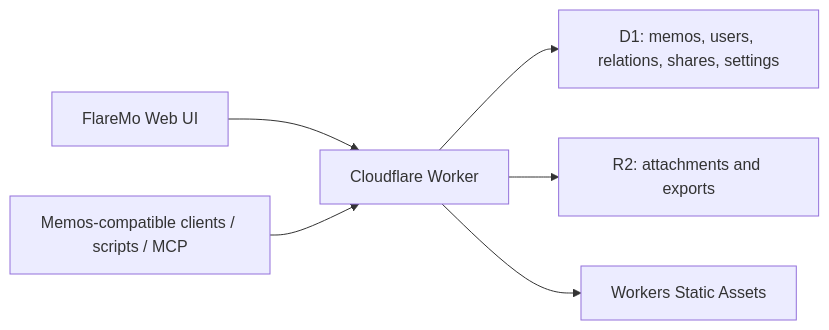
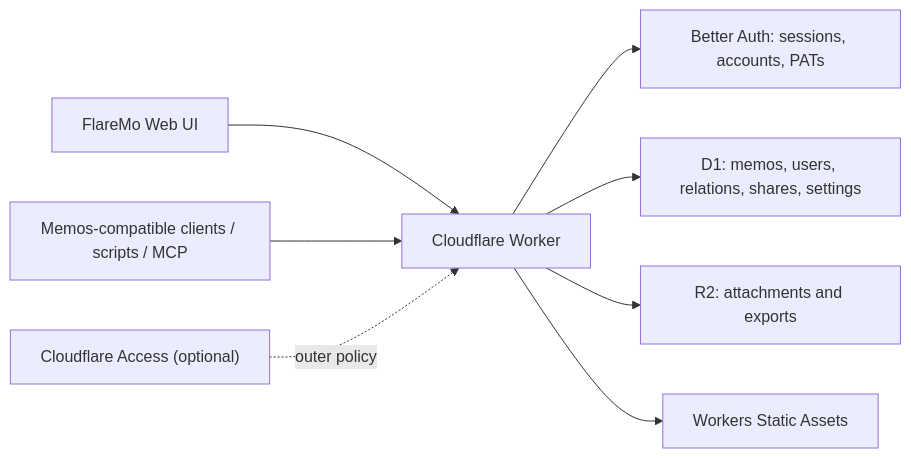
The diagram in README.md (realchendahuang/FlareMo), drawn with Mermaid before and after one commit. The commit also changed other lines of this file and 55 other files, not shown here.

Commit message:
feat(auth): add Better Auth native access and Memos PATs (#41)

````diff
--- a/README.md
+++ b/README.md
@@ -194,9 +215,11 @@
 ```mermaid
 flowchart LR
   Browser["FlareMo Web UI"] --> Worker["Cloudflare Worker"]
   Clients["Memos-compatible clients / scripts / MCP"] --> Worker
 
+  Worker --> Auth["Better Auth: sessions, accounts, PATs"]
   Worker --> D1["D1: memos, users, relations, shares, settings"]
+  Access["Cloudflare Access (optional)"] -. outer policy .-> Worker
   Worker --> R2["R2: attachments and exports"]
   Worker --> Assets["Workers Static Assets"]
 ```
````
